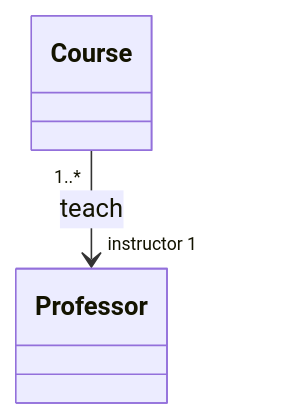
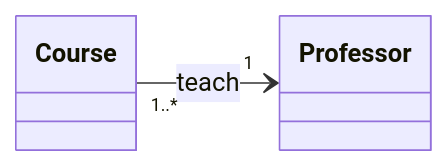
Diagram 11 of 24 in Part2_Model/ch04_static.md (nlhsueh/teach_sw_fw), drawn with Mermaid before and after one commit. The commit also changed other lines of this file and 12 other files, not shown here.

````diff
--- a/Part2_Model/ch04_static.md
+++ b/Part2_Model/ch04_static.md
@@ -591,6 +592,7 @@
 ```mermaid
 classDiagram
+    direction LR
     class Professor
     class Course
-    Course "1..*" --> "instructor 1" Professor : teach
+    Course "1..*" --> "1" Professor : teach
 ```
````
